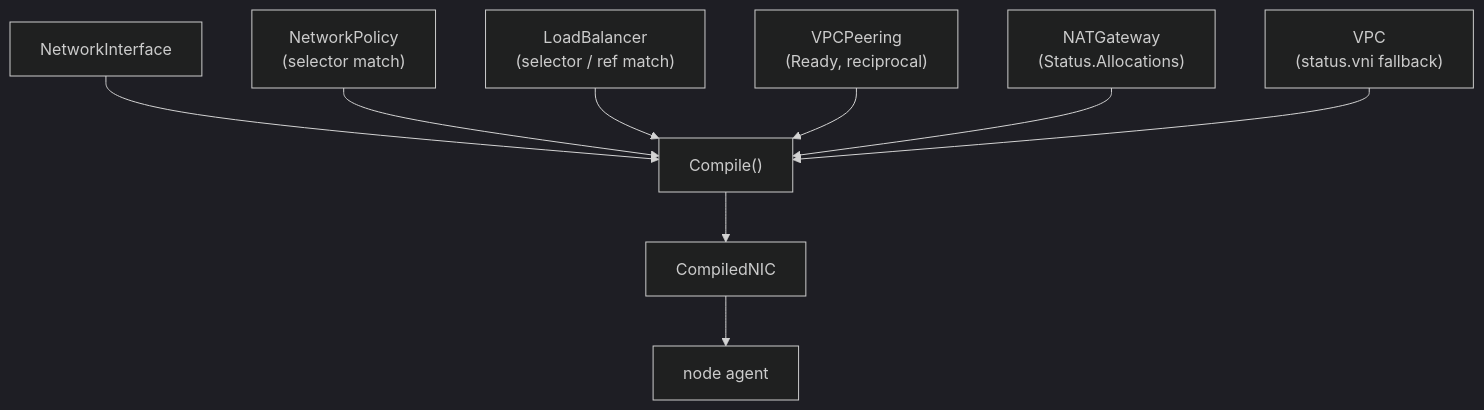
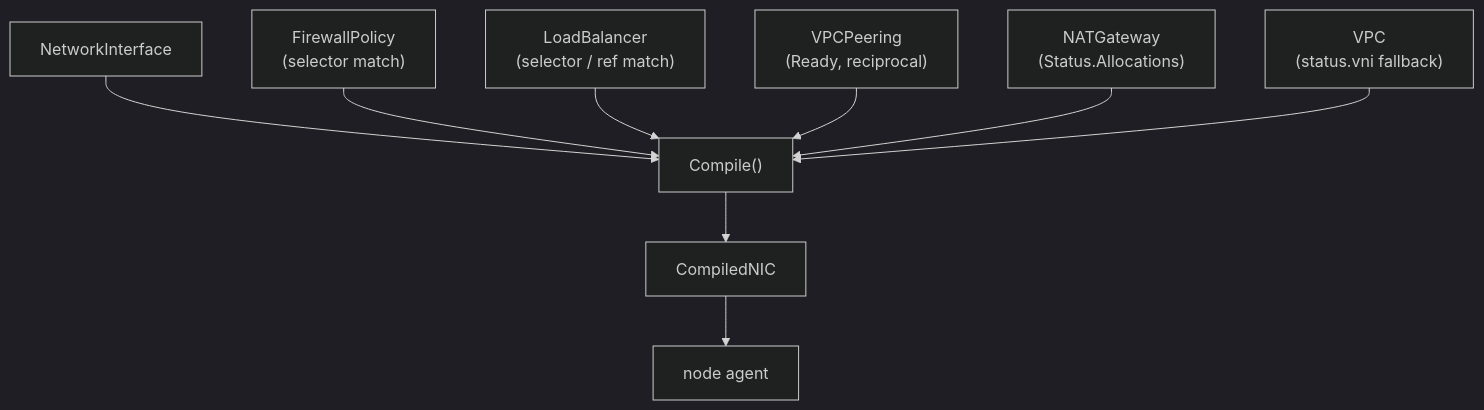
One commit to trevex/ectobase changed the diagram in docs/src/controlplane/compilers.md. Above: the diagram before and after it, drawn with Mermaid (dark theme). The commit also changed other lines of this file and 17 other files, not shown here.

Commit message:
refactor: update scenarios/docs/comments for FirewallPolicy + FloatingIP rename

````diff
--- a/docs/src/controlplane/compilers.md
+++ b/docs/src/controlplane/compilers.md
@@ -41,11 +41,11 @@
 ```mermaid
 flowchart TD
     NI["NetworkInterface"] --> C["Compile()"]
-    NP["NetworkPolicy<br/>(selector match)"] --> C
+    NP["FirewallPolicy<br/>(selector match)"] --> C
     LB["LoadBalancer<br/>(selector / ref match)"] --> C
     VP["VPCPeering<br/>(Ready, reciprocal)"] --> C
     NG["NATGateway<br/>(Status.Allocations)"] --> C
     VPC["VPC<br/>(status.vni fallback)"] --> C
     C --> CN["CompiledNIC"]
     CN --> AG["node agent"]
 ```
````
